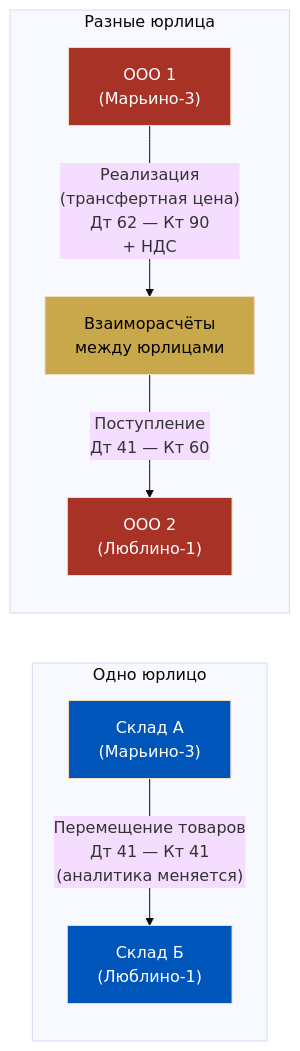
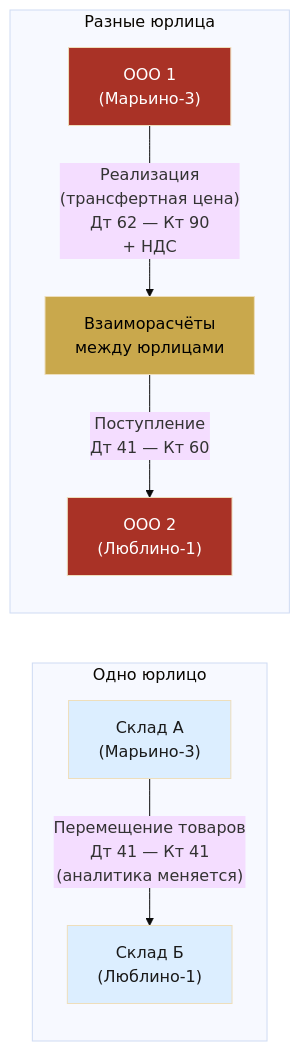
One commit to murad1986/1c-erp-quartz changed the fourth of 5 diagrams in content/1c-erp/week_7/Неделя 7 - День 1 - Балансировка стока.md. Above: the diagram before and after it, drawn with Mermaid (base theme). The commit also changed other lines of this file and 57 other files, not shown here.

First line of the commit message:
fix: Mermaid — пастельные цвета в источниках диаграмм (56 файлов)

````diff
--- a/content/1c-erp/week_7/Неделя 7 - День 1 - Балансировка стока.md
+++ b/content/1c-erp/week_7/Неделя 7 - День 1 - Балансировка стока.md
@@ -335,21 +335,21 @@
 ```mermaid
 flowchart LR
     subgraph Одно юрлицо
         SA1["Склад А<br/>(Марьино-3)"]
         SB1["Склад Б<br/>(Люблино-1)"]
         SA1 -->|"Перемещение товаров<br/>Дт 41 — Кт 41<br/>(аналитика меняется)"| SB1
     end
 
     subgraph Разные юрлица
         SA2["ООО 1<br/>(Марьино-3)"]
         SB2["ООО 2<br/>(Люблино-1)"]
         SA2 -->|"Реализация<br/>(трансфертная цена)<br/>Дт 62 — Кт 90<br/>+ НДС"| INT["Взаиморасчёты<br/>между юрлицами"]
         INT -->|"Поступление<br/>Дт 41 — Кт 60"| SB2
     end
 
-    style SA1 fill:#0055BB,color:#fff
-    style SB1 fill:#0055BB,color:#fff
+    style SA1 fill:#dceeff,color:#1a1a1a
+    style SB1 fill:#dceeff,color:#1a1a1a
     style SA2 fill:#A93226,color:#fff
     style SB2 fill:#A93226,color:#fff
     style INT fill:#C9A84C,color:#000
 ```
````
